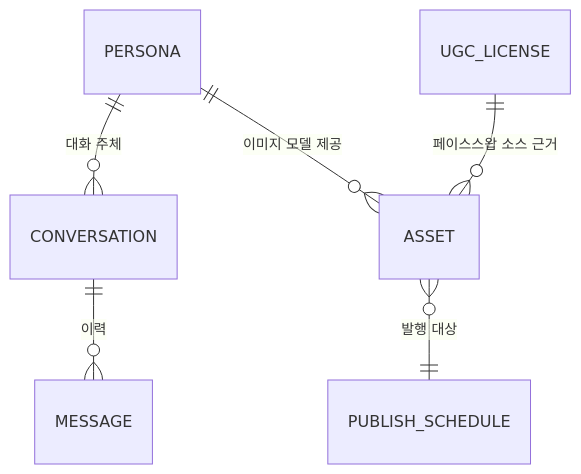
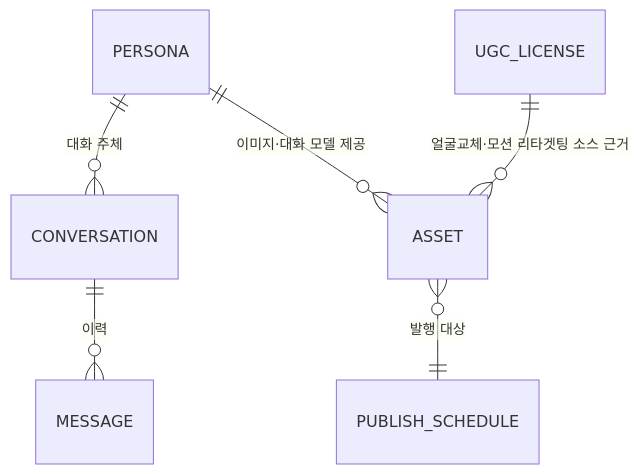
One commit to Benji5526/ai-persona-sns-automation changed the diagram in docs/06-data-model.md. Above: the diagram before and after it, drawn with Mermaid. The commit also changed other lines of this file and 6 other files, not shown here.

First line of the commit message:
Fix remaining audit findings: stale Korea references, missing AI Act Art. 50(1) chatbot disclosure, and schema gaps

````diff
--- a/docs/06-data-model.md
+++ b/docs/06-data-model.md
@@ -96,8 +103,8 @@
 ```mermaid
 erDiagram
     PERSONA ||--o{ CONVERSATION : "대화 주체"
-    PERSONA ||--o{ ASSET : "이미지 모델 제공"
-    UGC_LICENSE ||--o{ ASSET : "페이스스왑 소스 근거"
+    PERSONA ||--o{ ASSET : "이미지·대화 모델 제공"
+    UGC_LICENSE ||--o{ ASSET : "얼굴교체·모션 리타겟팅 소스 근거"
     ASSET }o--|| PUBLISH_SCHEDULE : "발행 대상"
     CONVERSATION ||--o{ MESSAGE : "이력"
 ```
````
